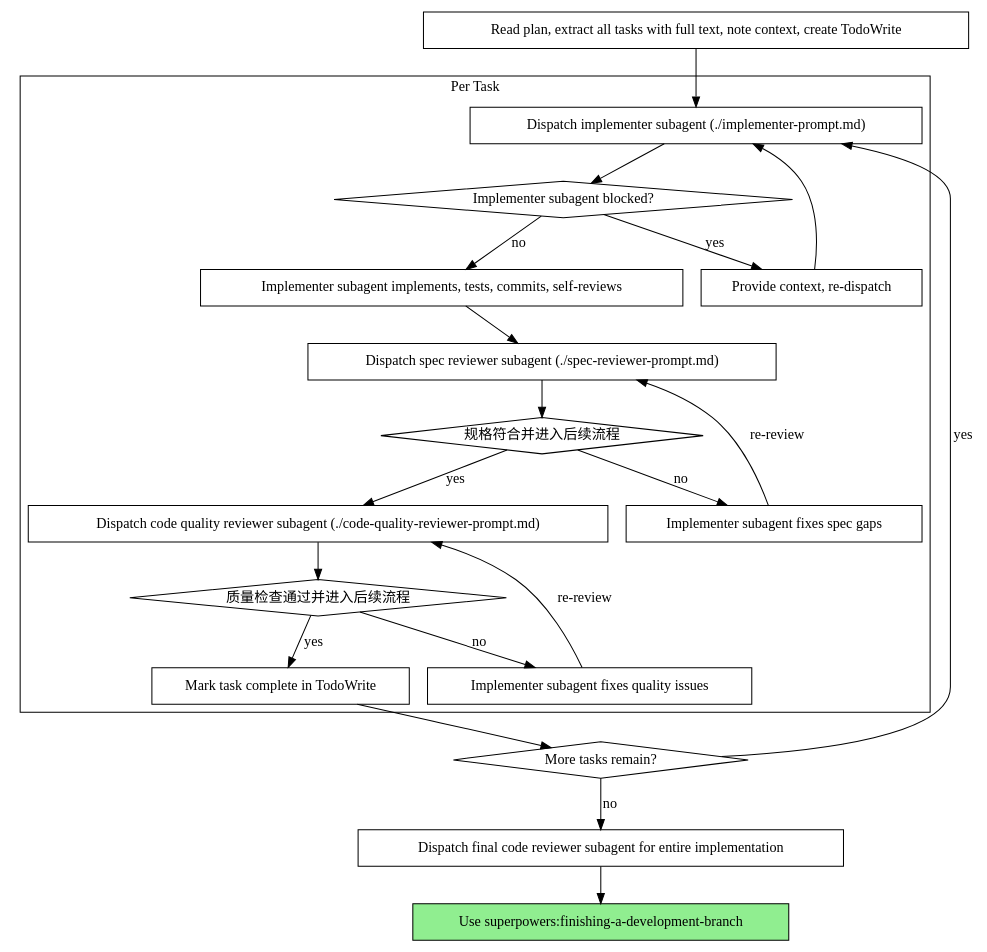
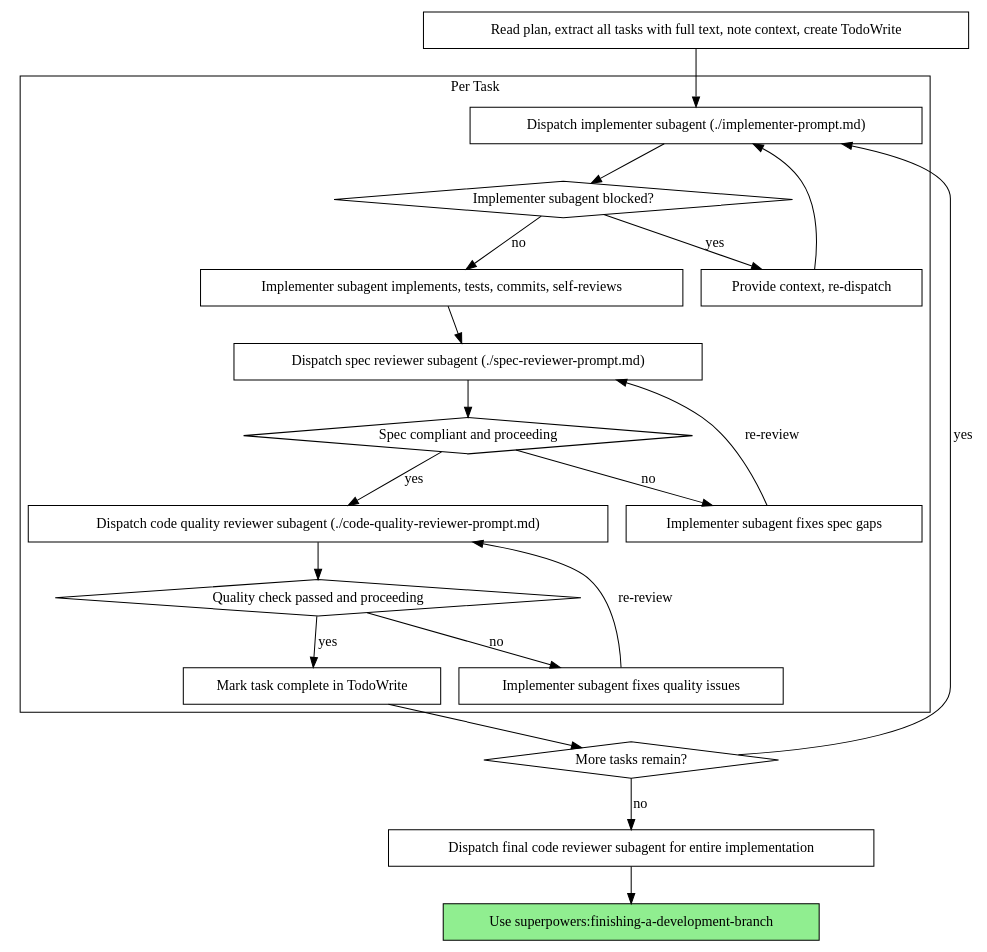
One commit to ShakaRover/superpowers changed the second of 2 diagrams in skills/subagent-driven-development/SKILL.md. Above: the diagram before and after it, drawn with Graphviz. The commit also changed other lines of this file and 11 other files, not shown here.

````diff
--- a/skills/subagent-driven-development/SKILL.md
+++ b/skills/subagent-driven-development/SKILL.md
@@ -77,44 +77,44 @@
 ```dot
 digraph process {
     rankdir=TB;
 
     subgraph cluster_per_task {
         label="Per Task";
         "Dispatch implementer subagent (./implementer-prompt.md)" [shape=box];
         "Implementer subagent blocked?" [shape=diamond];
         "Provide context, re-dispatch" [shape=box];
         "Implementer subagent implements, tests, commits, self-reviews" [shape=box];
         "Dispatch spec reviewer subagent (./spec-reviewer-prompt.md)" [shape=box];
-        "规格符合并进入后续流程" [shape=diamond];
+        "Spec compliant and proceeding" [shape=diamond];
         "Implementer subagent fixes spec gaps" [shape=box];
         "Dispatch code quality reviewer subagent (./code-quality-reviewer-prompt.md)" [shape=box];
-        "质量检查通过并进入后续流程" [shape=diamond];
+        "Quality check passed and proceeding" [shape=diamond];
         "Implementer subagent fixes quality issues" [shape=box];
         "Mark task complete in TodoWrite" [shape=box];
     }
 
     "Read plan, extract all tasks with full text, note context, create TodoWrite" [shape=box];
     "More tasks remain?" [shape=diamond];
     "Dispatch final code reviewer subagent for entire implementation" [shape=box];
     "Use superpowers:finishing-a-development-branch" [shape=box style=filled fillcolor=lightgreen];
 
     "Read plan, extract all tasks with full text, note context, create TodoWrite" -> "Dispatch implementer subagent (./implementer-prompt.md)";
     "Dispatch implementer subagent (./implementer-prompt.md)" -> "Implementer subagent blocked?";
     "Implementer subagent blocked?" -> "Provide context, re-dispatch" [label="yes"];
     "Provide context, re-dispatch" -> "Dispatch implementer subagent (./implementer-prompt.md)";
     "Implementer subagent blocked?" -> "Implementer subagent implements, tests, commits, self-reviews" [label="no"];
     "Implementer subagent implements, tests, commits, self-reviews" -> "Dispatch spec reviewer subagent (./spec-reviewer-prompt.md)";
-    "Dispatch spec reviewer subagent (./spec-reviewer-prompt.md)" -> "规格符合并进入后续流程";
-    "规格符合并进入后续流程" -> "Implementer subagent fixes spec gaps" [label="no"];
+    "Dispatch spec reviewer subagent (./spec-reviewer-prompt.md)" -> "Spec compliant and proceeding";
+    "Spec compliant and proceeding" -> "Implementer subagent fixes spec gaps" [label="no"];
     "Implementer subagent fixes spec gaps" -> "Dispatch spec reviewer subagent (./spec-reviewer-prompt.md)" [label="re-review"];
-    "规格符合并进入后续流程" -> "Dispatch code quality reviewer subagent (./code-quality-reviewer-prompt.md)" [label="yes"];
-    "Dispatch code quality reviewer subagent (./code-quality-reviewer-prompt.md)" -> "质量检查通过并进入后续流程";
-    "质量检查通过并进入后续流程" -> "Implementer subagent fixes quality issues" [label="no"];
+    "Spec compliant and proceeding" -> "Dispatch code quality reviewer subagent (./code-quality-reviewer-prompt.md)" [label="yes"];
+    "Dispatch code quality reviewer subagent (./code-quality-reviewer-prompt.md)" -> "Quality check passed and proceeding";
+    "Quality check passed and proceeding" -> "Implementer subagent fixes quality issues" [label="no"];
     "Implementer subagent fixes quality issues" -> "Dispatch code quality reviewer subagent (./code-quality-reviewer-prompt.md)" [label="re-review"];
-    "质量检查通过并进入后续流程" -> "Mark task complete in TodoWrite" [label="yes"];
+    "Quality check passed and proceeding" -> "Mark task complete in TodoWrite" [label="yes"];
     "Mark task complete in TodoWrite" -> "More tasks remain?";
     "More tasks remain?" -> "Dispatch implementer subagent (./implementer-prompt.md)" [label="yes"];
     "More tasks remain?" -> "Dispatch final code reviewer subagent for entire implementation" [label="no"];
     "Dispatch final code reviewer subagent for entire implementation" -> "Use superpowers:finishing-a-development-branch";
 }
 ```
````
